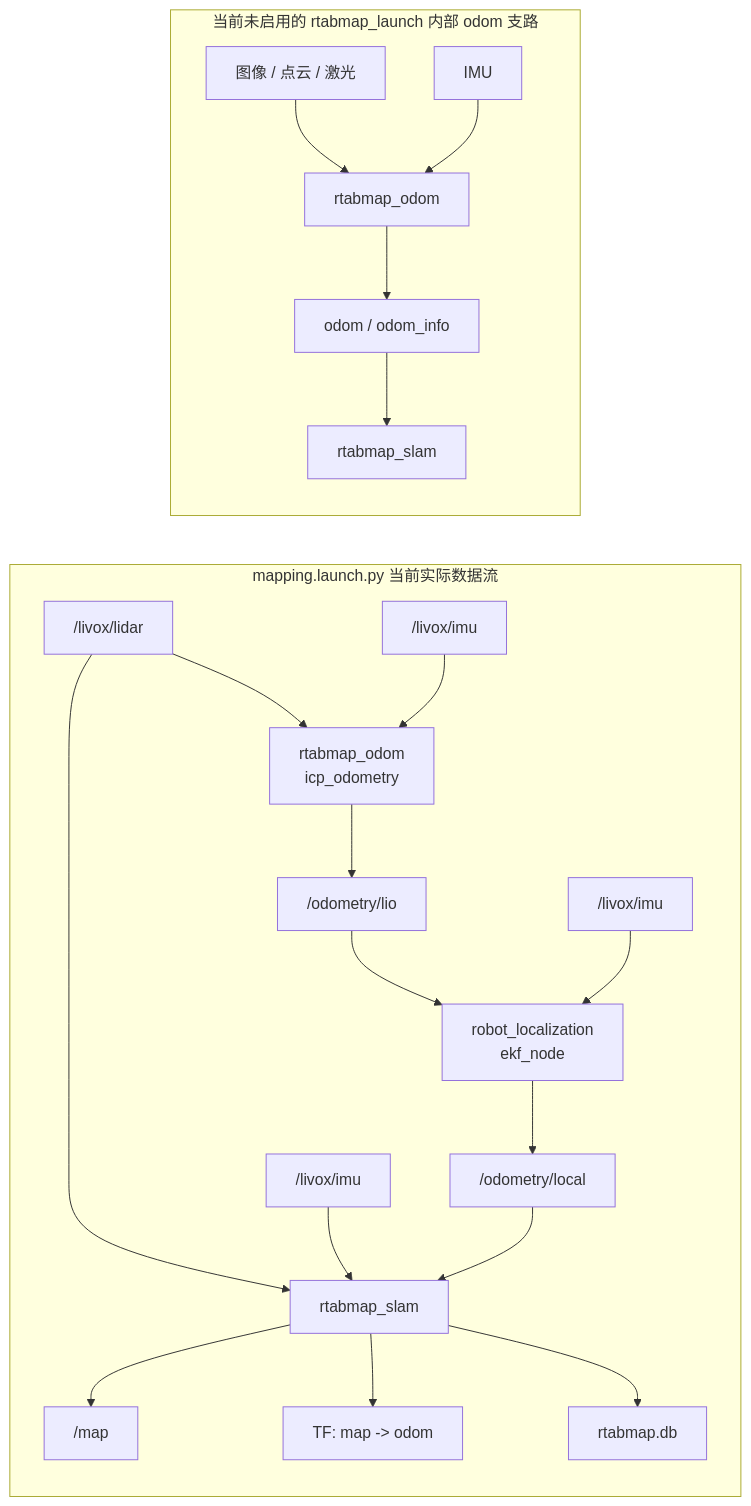
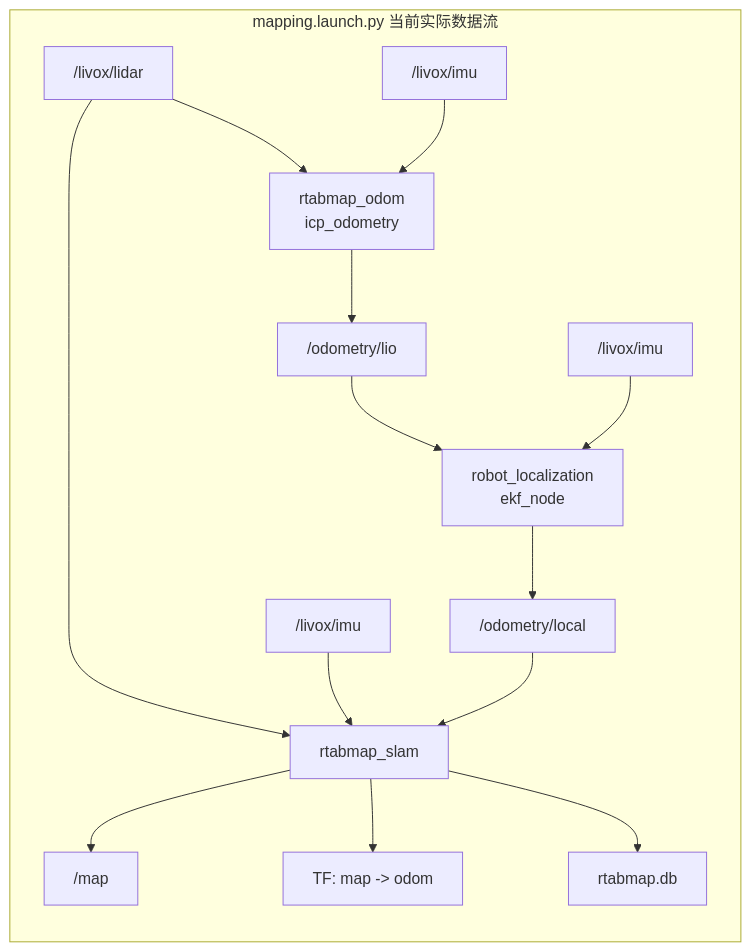
One commit to aqing520/rtabmap_nav2_stack changed the second of 2 diagrams in README.md. Above: the diagram before and after it, drawn with Mermaid. The commit also changed other lines of this file, not shown here.

Commit message:
移除README中未启用的rtabmap内部odom支路说明

````diff
--- a/README.md
+++ b/README.md
@@ -93,26 +93,20 @@
 ```mermaid
 flowchart LR
     subgraph A["mapping.launch.py 当前实际数据流"]
         CLOUD["/livox/lidar"] --> ICP_NODE["rtabmap_odom\nicp_odometry"]
         IMU1["/livox/imu"] --> ICP_NODE
         ICP_NODE --> LIO["/odometry/lio"]
 
         LIO --> EKF["robot_localization\nekf_node"]
         IMU2["/livox/imu"] --> EKF
         EKF --> ODOM_LOCAL["/odometry/local"]
 
         CLOUD --> SLAM["rtabmap_slam"]
         IMU3["/livox/imu"] --> SLAM
         ODOM_LOCAL --> SLAM
         SLAM --> MAP["/map"]
         SLAM --> TF1["TF: map -> odom"]
         SLAM --> DB1["rtabmap.db"]
     end
 
-    subgraph B["当前未启用的 rtabmap_launch 内部 odom 支路"]
-        SENSOR["图像 / 点云 / 激光"] --> ODOM_NODE["rtabmap_odom"]
-        IMU4["IMU"] --> ODOM_NODE
-        ODOM_NODE --> ODOM_TOPIC["odom / odom_info"]
-        ODOM_TOPIC --> SLAM2["rtabmap_slam"]
-    end
 ```
````
